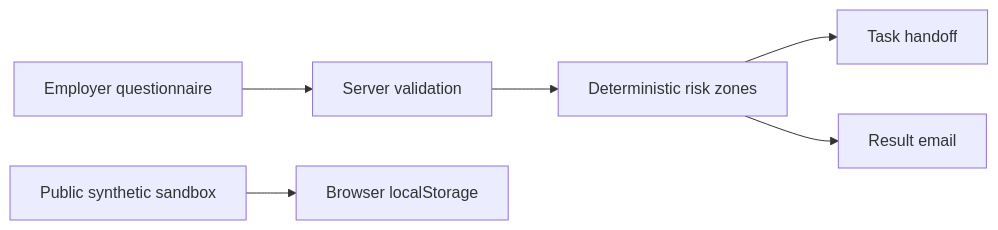
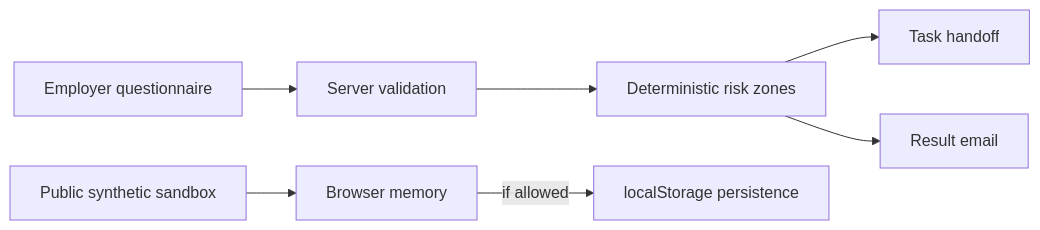
Before and after one commit to Ejonnyss/ivan-operations-portfolio: the diagram in technical/kadrline.md, drawn with Mermaid. The commit also changed other lines of this file, not shown here.

Commit message:
Document KadrLine demo storage fallback

````diff
--- a/technical/kadrline.md
+++ b/technical/kadrline.md
@@ -9,8 +9,9 @@
 ```mermaid
 flowchart LR
   F[Employer questionnaire] --> V[Server validation]
   V --> R[Deterministic risk zones]
   R --> T[Task handoff]
   R --> M[Result email]
-  S[Public synthetic sandbox] --> L[Browser localStorage]
+  S[Public synthetic sandbox] --> L[Browser memory]
+  L -->|if allowed| P[localStorage persistence]
 ```
````
